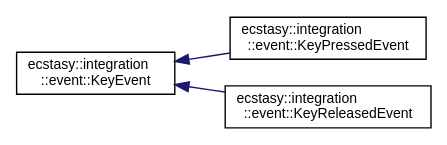
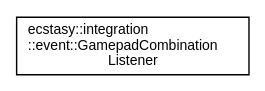
Before and after one commit to AndreasLrx/ecstasy: the diagram in inherit_graph_20.dot, drawn with Graphviz. The commit also changed 967 other files, not shown here.

```diff
--- a/inherit_graph_20.dot
+++ b/inherit_graph_20.dot
@@ -1,12 +1,8 @@
 digraph "Graphical Class Hierarchy"
 {
  // LATEX_PDF_SIZE
   edge [fontname="Helvetica",fontsize="10",labelfontname="Helvetica",labelfontsize="10"];
   node [fontname="Helvetica",fontsize="10",shape=record];
   rankdir="LR";
-  Node0 [label="ecstasy::integration\l::event::KeyEvent",height=0.2,width=0.4,color="black", fillcolor="white", style="filled",URL="$structecstasy_1_1integration_1_1event_1_1_key_event.html",tooltip="Event describing a key pressed or released."];
-  Node0 -> Node1 [dir="back",color="midnightblue",fontsize="10",style="solid",fontname="Helvetica"];
-  Node1 [label="ecstasy::integration\l::event::KeyPressedEvent",height=0.2,width=0.4,color="black", fillcolor="white", style="filled",URL="$structecstasy_1_1integration_1_1event_1_1_key_pressed_event.html",tooltip="Event describing a key pressed."];
-  Node0 -> Node2 [dir="back",color="midnightblue",fontsize="10",style="solid",fontname="Helvetica"];
-  Node2 [label="ecstasy::integration\l::event::KeyReleasedEvent",height=0.2,width=0.4,color="black", fillcolor="white", style="filled",URL="$structecstasy_1_1integration_1_1event_1_1_key_released_event.html",tooltip="Event describing a key released."];
+  Node0 [label="ecstasy::integration\l::event::GamepadCombination\lListener",height=0.2,width=0.4,color="black", fillcolor="white", style="filled",URL="$classecstasy_1_1integration_1_1event_1_1_gamepad_combination_listener.html",tooltip="Listener of a button combination."];
 }
```
